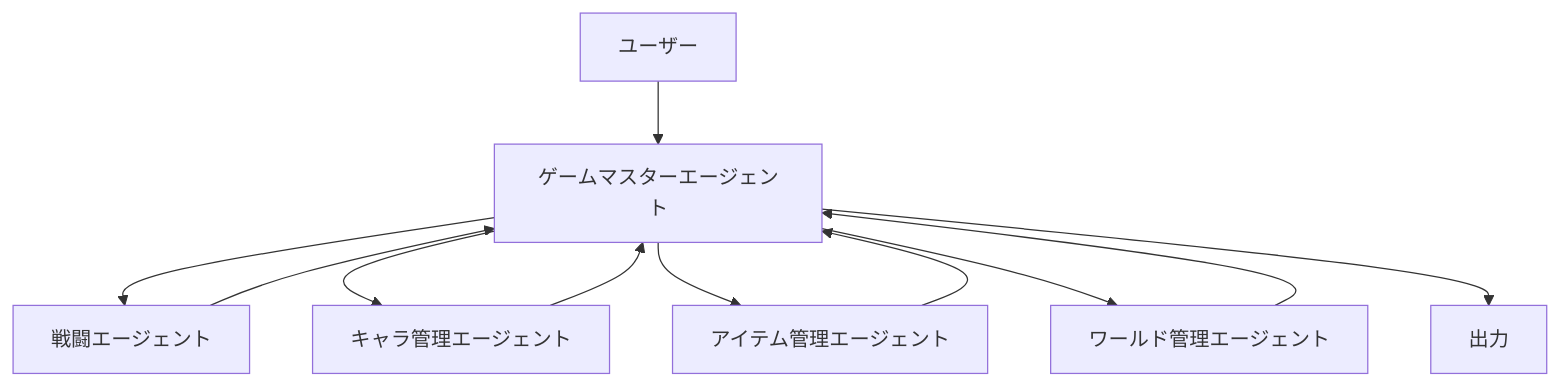
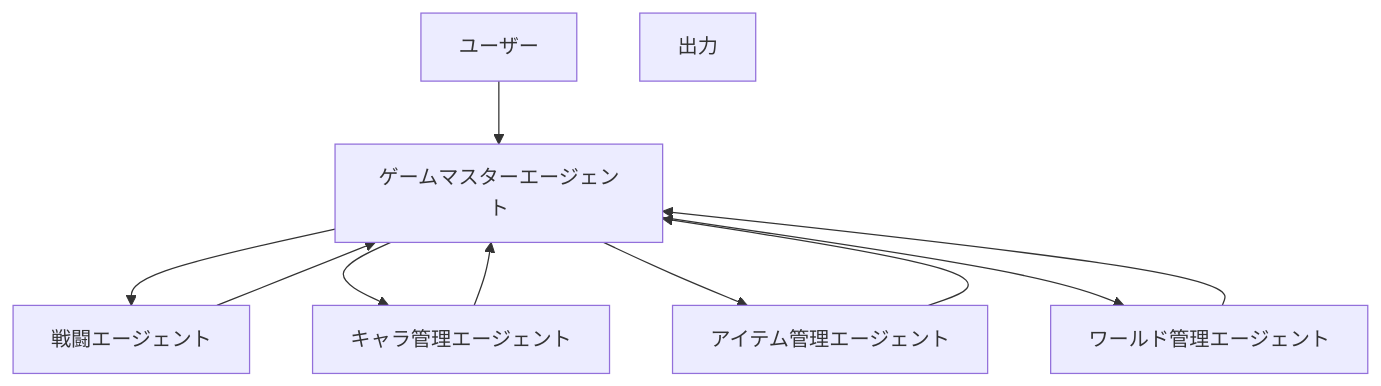
The diagram in README.md (caprice1026-disc/TRPG_0817), drawn with Mermaid before and after one commit.

Commit message:
README.md の更新

````diff
--- a/README.md
+++ b/README.md
@@ -13,24 +13,22 @@
 ```mermaid
 flowchart TD
 
     U[ユーザー]
     GM[ゲームマスターエージェント]
     B[戦闘エージェント]
     C[キャラ管理エージェント]
     I[アイテム管理エージェント]
     W[ワールド管理エージェント]
     O[出力]
 
     U --> GM
     GM --> B
     GM --> C
     GM --> I
     GM --> W
 
     B --> GM
     C --> GM
     I --> GM
     W --> GM
-
-    GM --> O
 ```
````
